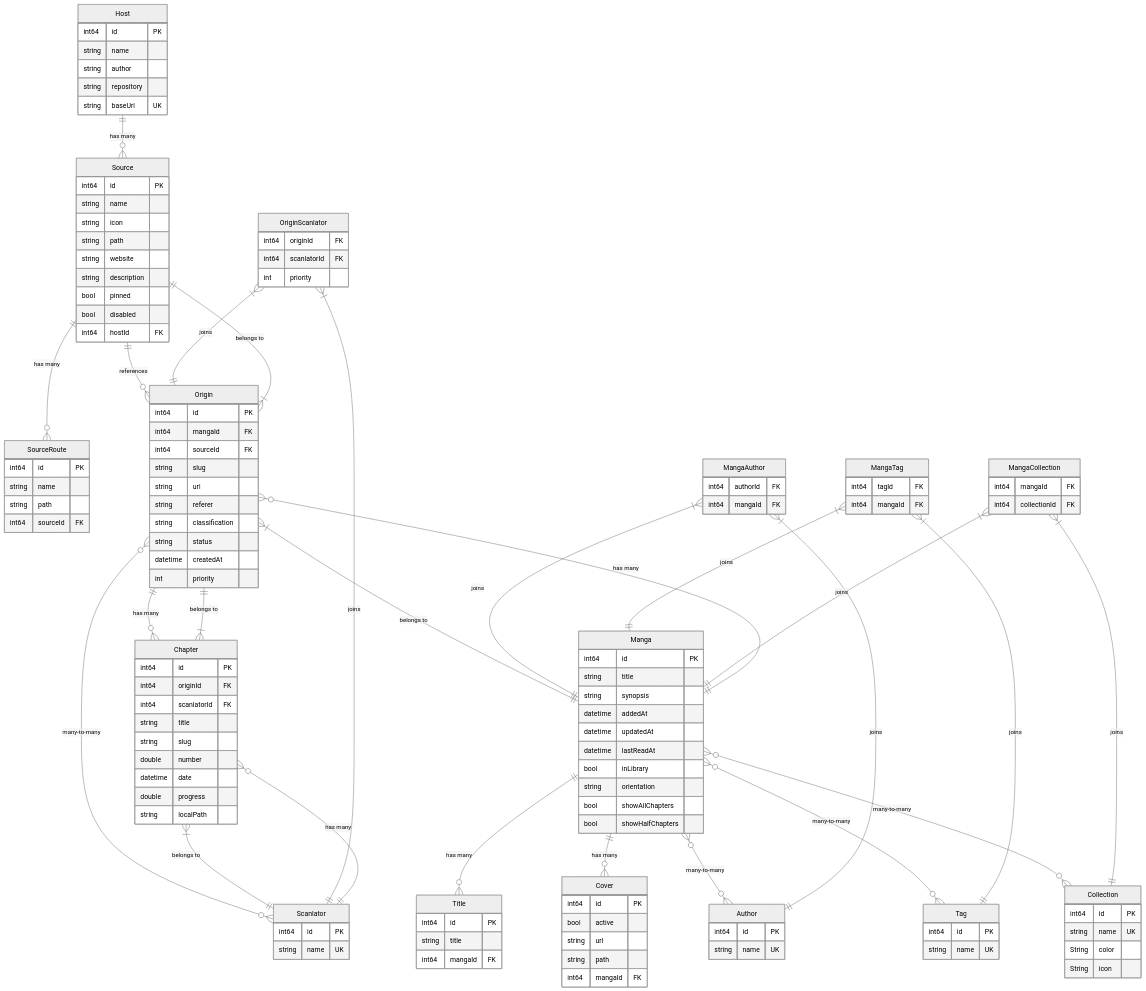
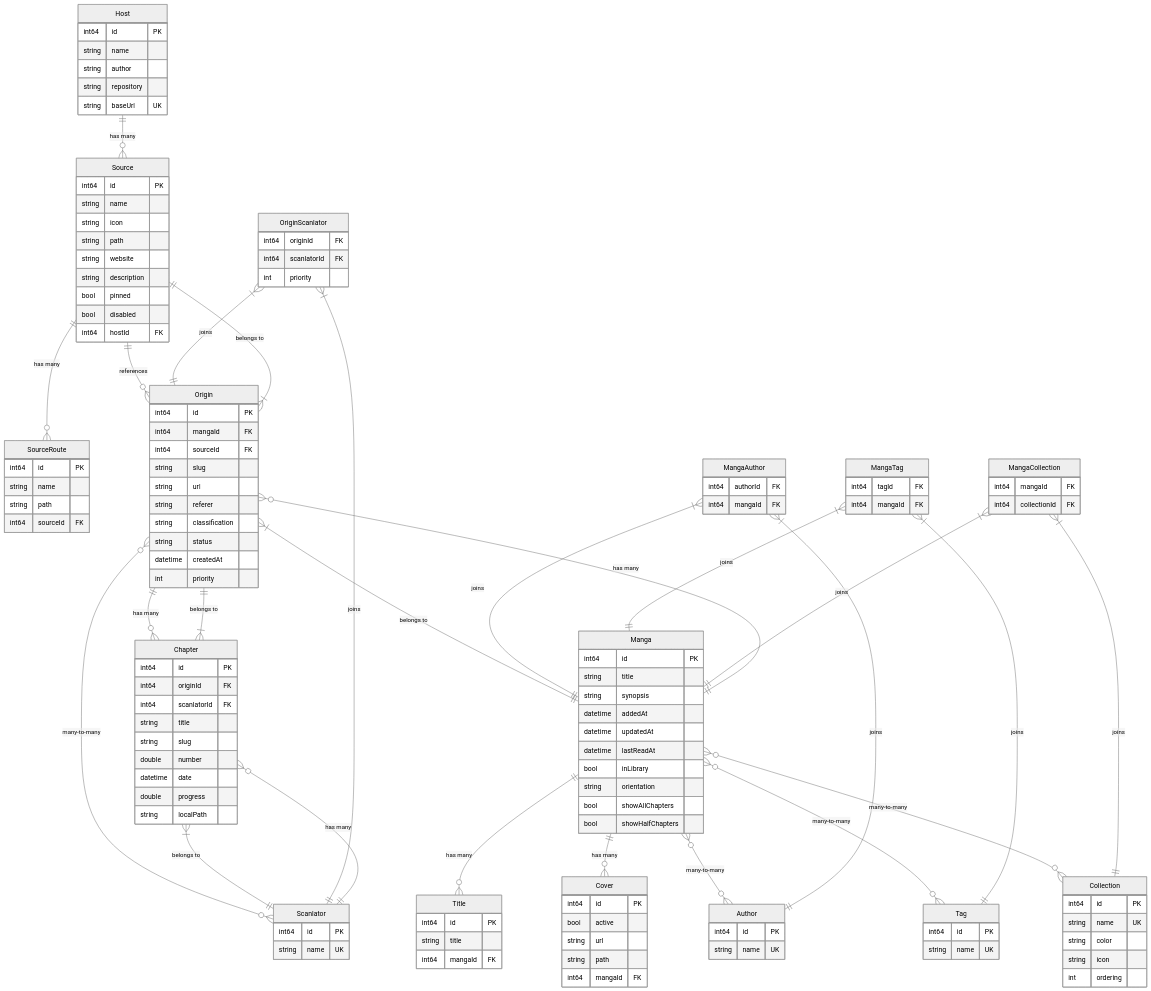
The diagram in DATABASE.md (angelocarasig/alethia), drawn with Mermaid (neutral theme) before and after one commit. The commit also changed other lines of this file and 7 other files, not shown here.

```diff
--- a/DATABASE.md
+++ b/DATABASE.md
@@ -43,6 +43,7 @@
     
     OriginScanlator }|--|| Origin : "joins"
     OriginScanlator }|--|| Scanlator : "joins"
+
     Host {
         int64 id PK
         string name
@@ -110,8 +111,9 @@
     Collection {
         int64 id PK
         string name UK
-        String color
-        String icon
+        string color
+        string icon
+        int ordering
     }
     
     Origin {
```
